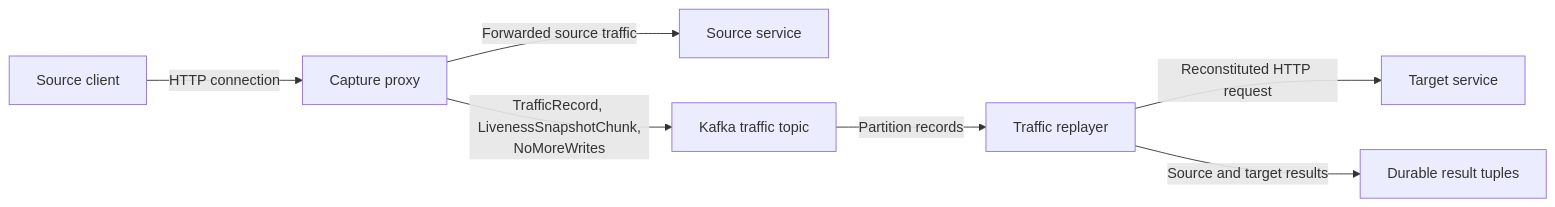
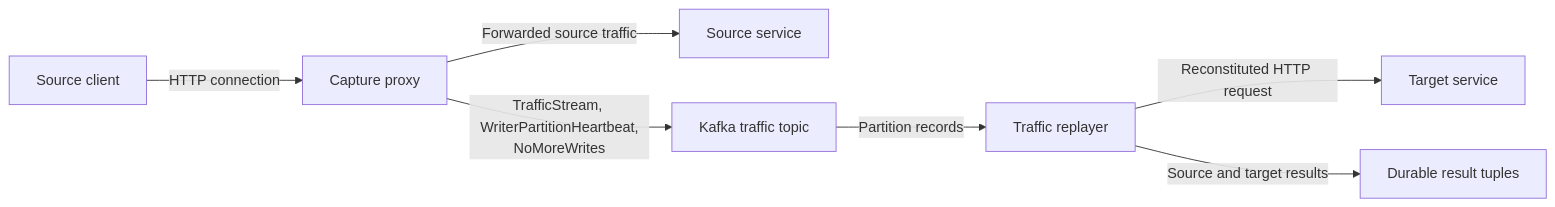
Before and after one commit to opensearch-project/opensearch-migrations: the first of 3 diagrams in docs/captureAndReplayArchitecture.md, drawn with Mermaid. The commit also changed other lines of this file and 10 other files, not shown here.

First line of the commit message:
Design wave: document architecture, expiration, and cancellation

````diff
--- a/docs/captureAndReplayArchitecture.md
+++ b/docs/captureAndReplayArchitecture.md
@@ -69,17 +58,17 @@
 ```mermaid
 flowchart LR
     Client["Source client"]
     Proxy["Capture proxy"]
     Source["Source service"]
     Kafka["Kafka traffic topic"]
     Replayer["Traffic replayer"]
     Target["Target service"]
     Tuples["Durable result tuples"]
 
     Client -->|"HTTP connection"| Proxy
     Proxy -->|"Forwarded source traffic"| Source
-    Proxy -->|"TrafficRecord, LivenessSnapshotChunk,<br/>NoMoreWrites"| Kafka
+    Proxy -->|"TrafficStream, WriterPartitionHeartbeat,<br/>NoMoreWrites"| Kafka
     Kafka -->|"Partition records"| Replayer
     Replayer -->|"Reconstituted HTTP request"| Target
     Replayer -->|"Source and target results"| Tuples
 ```
````
